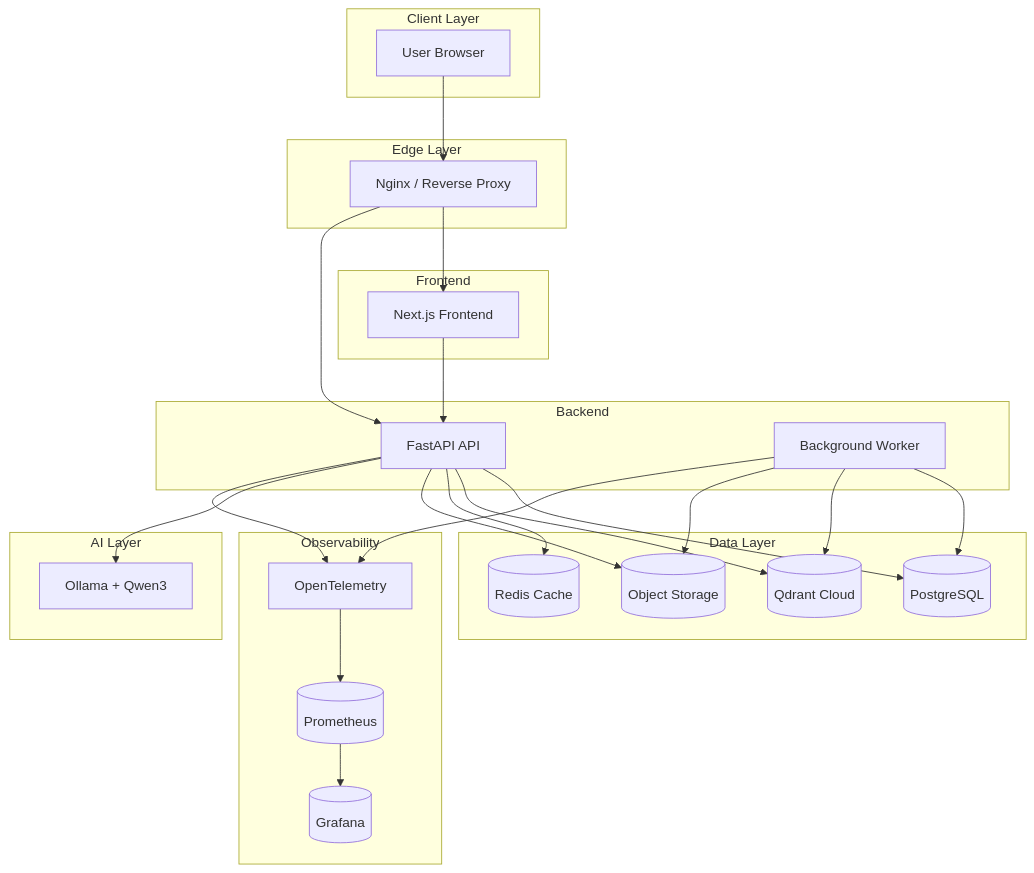
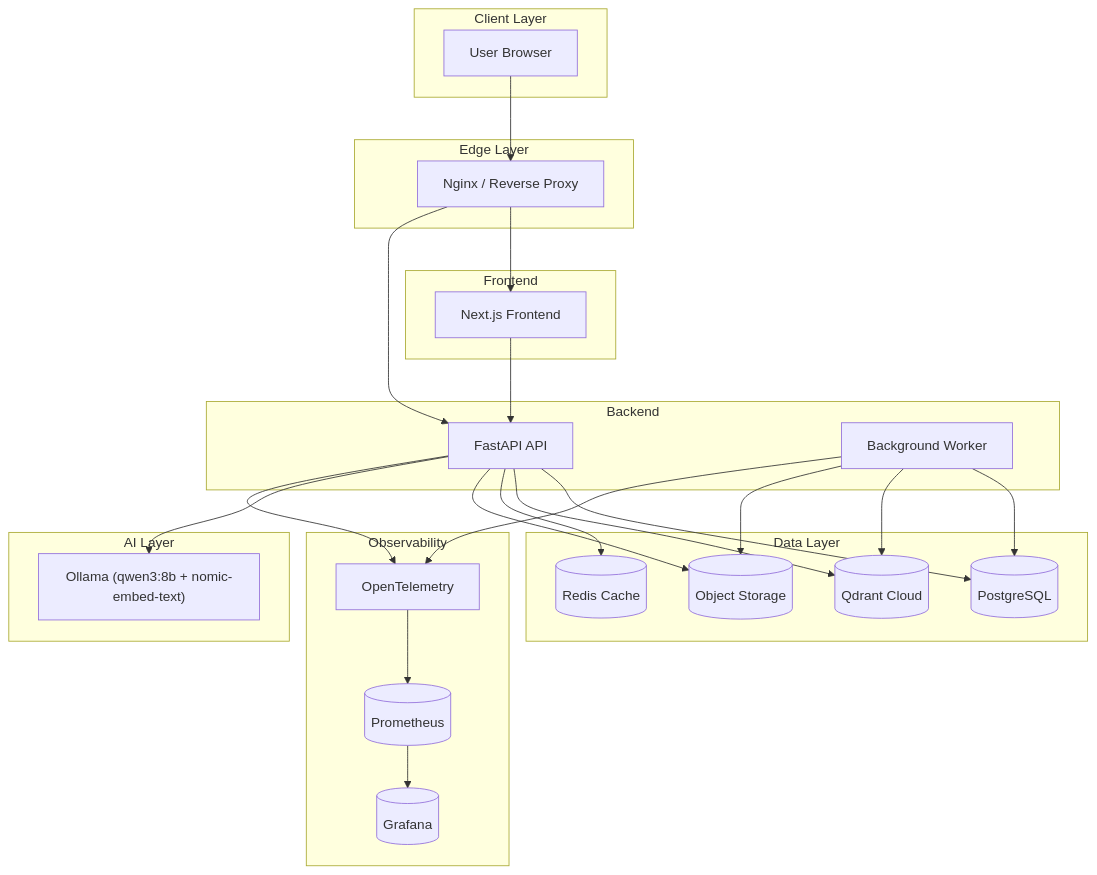
Before and after one commit to rsinghcodes/Tailr: the diagram in docs/Diagrams/13-Deployment.mmd, drawn with Mermaid. The commit also changed 65 other files, not shown here.

```diff
--- a/docs/Diagrams/13-Deployment.mmd
+++ b/docs/Diagrams/13-Deployment.mmd
@@ -1,67 +1,67 @@
 flowchart TB
 
 subgraph Client[Client Layer]
 Browser[User Browser]
 end
 
 subgraph Edge[Edge Layer]
 Nginx[Nginx / Reverse Proxy]
 end
 
 subgraph Frontend[Frontend]
 NextJS[Next.js Frontend]
 end
 
 subgraph Backend[Backend]
 FastAPI[FastAPI API]
 Worker[Background Worker]
 end
 
 subgraph Data[Data Layer]
 Postgres[(PostgreSQL)]
 Qdrant[(Qdrant Cloud)]
 Redis[(Redis Cache)]
 Storage[(Object Storage)]
 end
 
 subgraph AI[AI Layer]
-Ollama[Ollama + Qwen3]
+Ollama["Ollama (qwen3:8b + nomic-embed-text)"]
 end
 
 subgraph Observability[Observability]
 OTel[OpenTelemetry]
 Prometheus[(Prometheus)]
 Grafana[(Grafana)]
 end
 
 Browser --> Nginx
 
 Nginx --> NextJS
 
 Nginx --> FastAPI
 
 NextJS --> FastAPI
 
 FastAPI --> Postgres
 
 FastAPI --> Qdrant
 
 FastAPI --> Redis
 
 FastAPI --> Storage
 
 FastAPI --> Ollama
 
 FastAPI --> OTel
 
 Worker --> Postgres
 
 Worker --> Qdrant
 
 Worker --> Storage
 
 Worker --> OTel
 
 OTel --> Prometheus
 
 Prometheus --> Grafana
```
